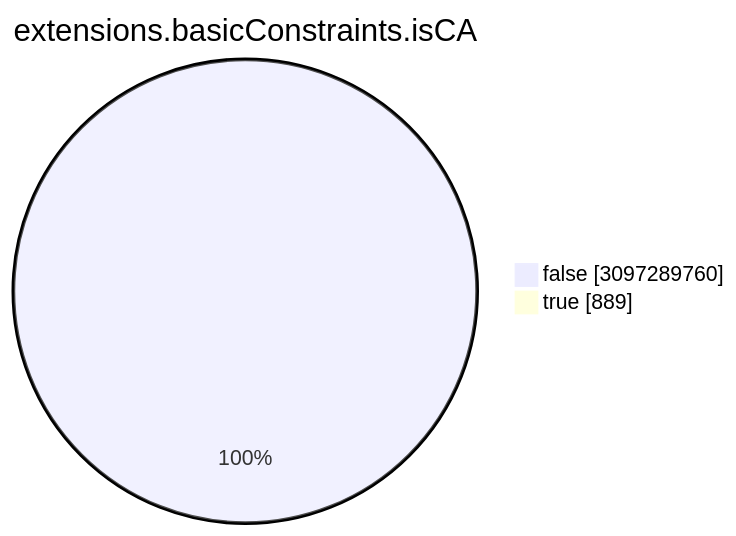
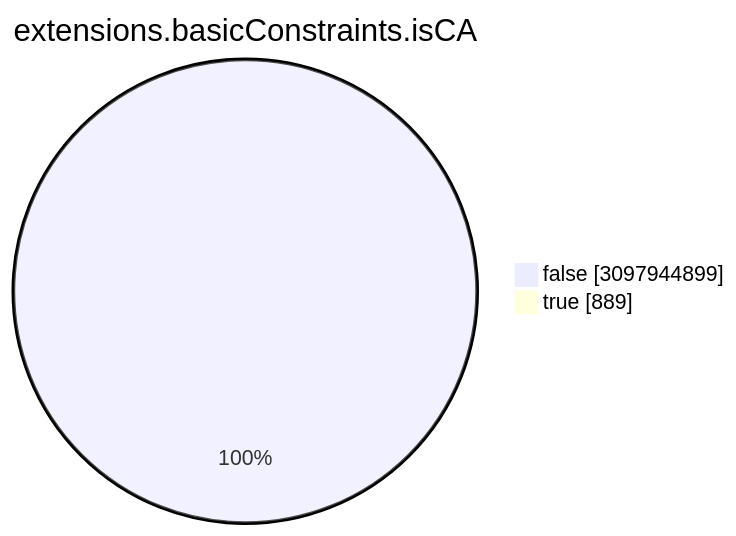
The seventh of 15 diagrams in TOTAL/README.md (christiankrug/ctmonitor_visualization), drawn with Mermaid before and after one commit. The commit also changed other lines of this file, not shown here.

````diff
--- a/TOTAL/README.md
+++ b/TOTAL/README.md
@@ -3086,6 +3086,6 @@
 ```mermaid
 pie showData
 title extensions.basicConstraints.isCA
-"false" :3097289760
+"false" :3097944899
 "true" :889
 ```
````
